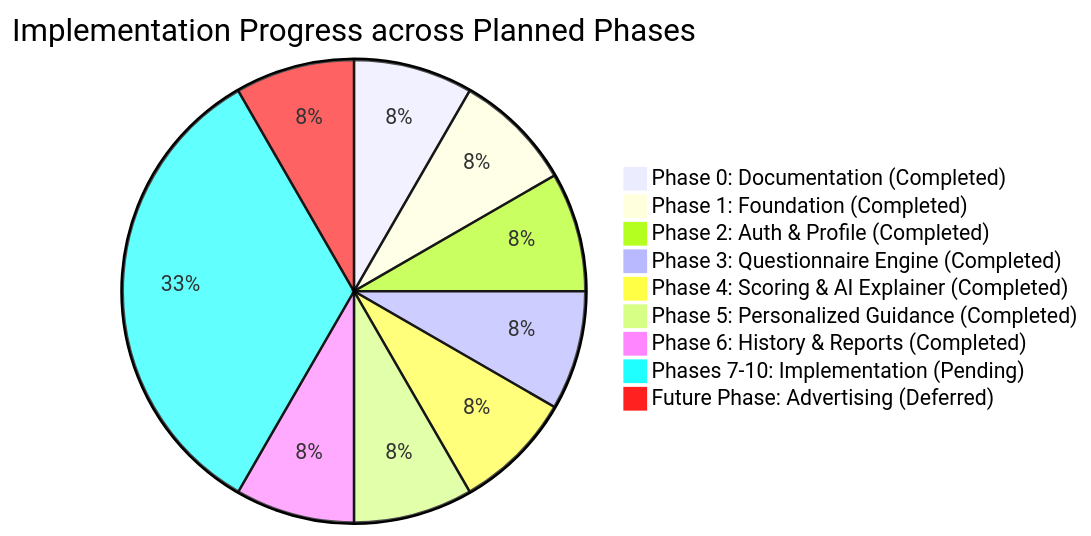
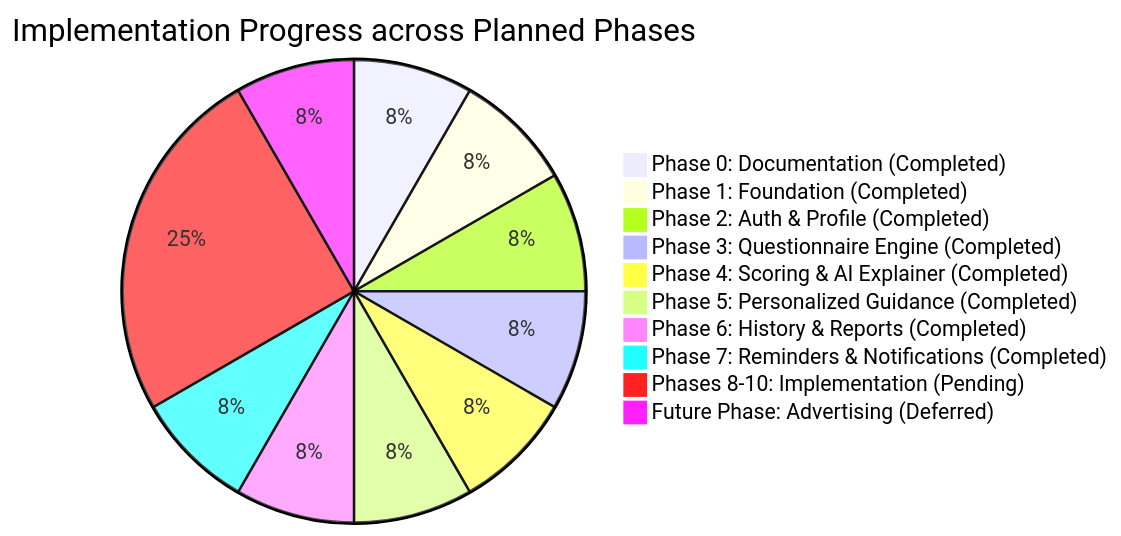
One commit to SatyamKumar-code/VitaTrack-App changed the diagram in docs/AI_PROGRESS.md. Above: the diagram before and after it, drawn with Mermaid. The commit also changed other lines of this file and 28 other files, not shown here.

````diff
--- a/docs/AI_PROGRESS.md
+++ b/docs/AI_PROGRESS.md
@@ -24,12 +24,13 @@
 ```mermaid
 pie title Implementation Progress across Planned Phases
     "Phase 0: Documentation (Completed)" : 1
     "Phase 1: Foundation (Completed)" : 1
     "Phase 2: Auth & Profile (Completed)" : 1
     "Phase 3: Questionnaire Engine (Completed)" : 1
     "Phase 4: Scoring & AI Explainer (Completed)" : 1
     "Phase 5: Personalized Guidance (Completed)" : 1
     "Phase 6: History & Reports (Completed)" : 1
-    "Phases 7-10: Implementation (Pending)" : 4
+    "Phase 7: Reminders & Notifications (Completed)" : 1
+    "Phases 8-10: Implementation (Pending)" : 3
     "Future Phase: Advertising (Deferred)" : 1
 ```
````
